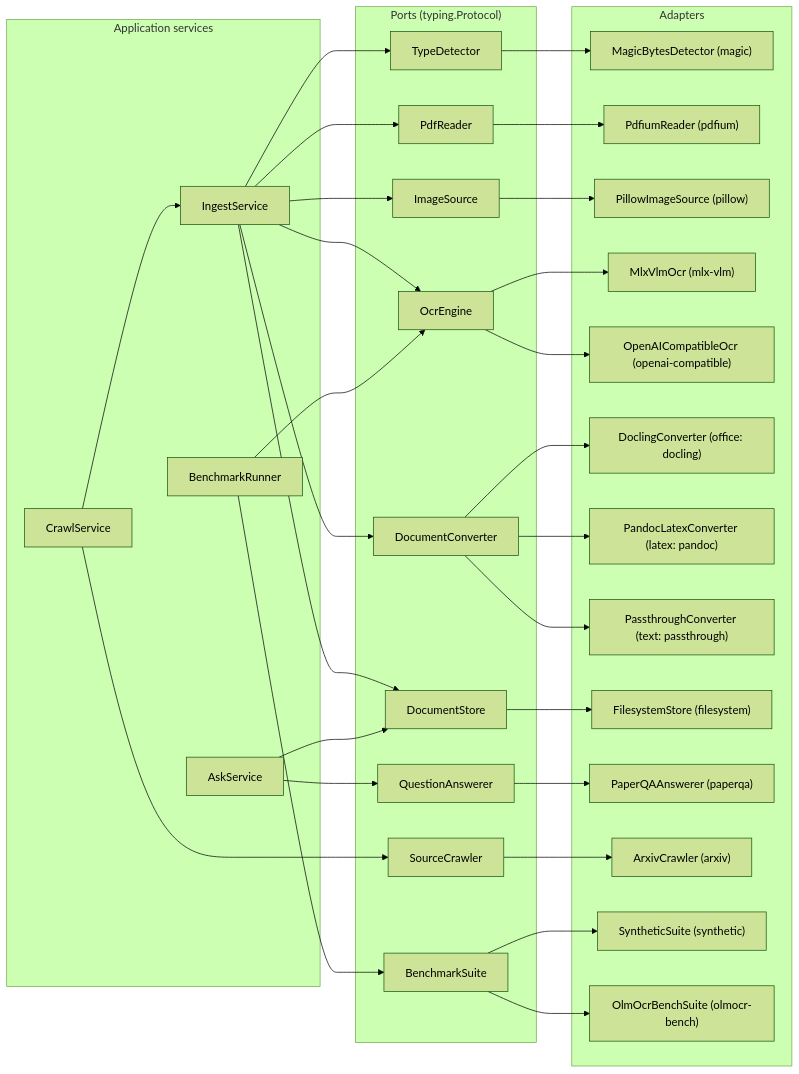
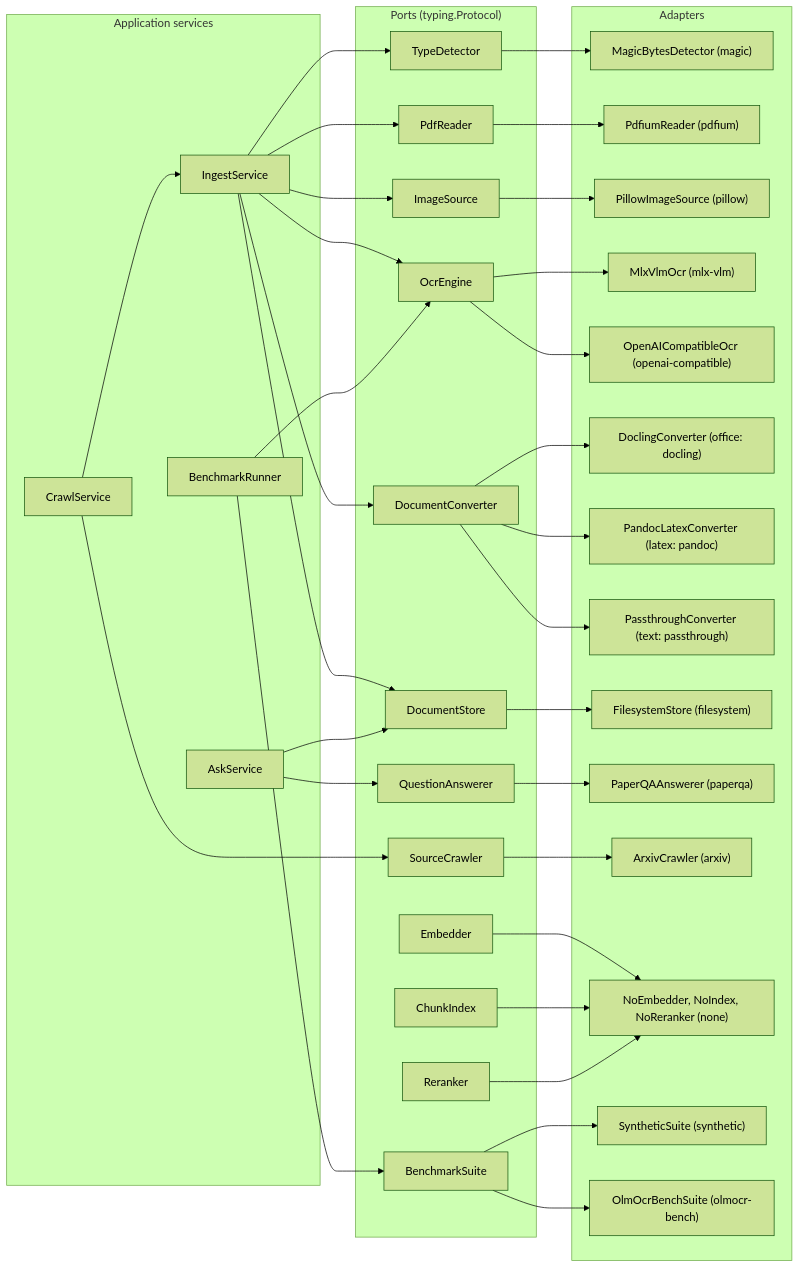
Before and after one commit to etxsA/doc-ingest: the second of 11 diagrams in packages/docingest/src/docingest/adapters/README.md, drawn with Mermaid (forest theme). The commit also changed other lines of this file and 21 other files, not shown here.

First line of the commit message:
feat(ports): Embedder, ChunkIndex and Reranker with built-in none adapters

````diff
--- a/packages/docingest/src/docingest/adapters/README.md
+++ b/packages/docingest/src/docingest/adapters/README.md
@@ -122,60 +129,67 @@
 ```mermaid
 flowchart LR
     subgraph services["Application services"]
         ingestSvc["IngestService"]
         askSvc["AskService"]
         crawlSvc["CrawlService"]
         benchSvc["BenchmarkRunner"]
     end
     subgraph ports["Ports (typing.Protocol)"]
         pDet["TypeDetector"]
         pPdf["PdfReader"]
         pImg["ImageSource"]
         pOcr["OcrEngine"]
         pConv["DocumentConverter"]
         pStore["DocumentStore"]
         pQa["QuestionAnswerer"]
         pSrc["SourceCrawler"]
+        pEmb["Embedder"]
+        pIdx["ChunkIndex"]
+        pRrk["Reranker"]
         pSuite["BenchmarkSuite"]
     end
     subgraph adapters["Adapters"]
         aMagic["MagicBytesDetector (magic)"]
         aPdfium["PdfiumReader (pdfium)"]
         aPillow["PillowImageSource (pillow)"]
         aMlx["MlxVlmOcr (mlx-vlm)"]
         aHttpOcr["OpenAICompatibleOcr (openai-compatible)"]
         aDocling["DoclingConverter (office: docling)"]
         aPandoc["PandocLatexConverter (latex: pandoc)"]
         aPass["PassthroughConverter (text: passthrough)"]
         aFs["FilesystemStore (filesystem)"]
         aPqa["PaperQAAnswerer (paperqa)"]
         aArxiv["ArxivCrawler (arxiv)"]
+        aNone["NoEmbedder, NoIndex, NoReranker (none)"]
         aSyn["SyntheticSuite (synthetic)"]
         aOlm["OlmOcrBenchSuite (olmocr-bench)"]
     end
     ingestSvc --> pDet
     ingestSvc --> pPdf
     ingestSvc --> pImg
     ingestSvc --> pOcr
     ingestSvc --> pConv
     ingestSvc --> pStore
     askSvc --> pStore
     askSvc --> pQa
     crawlSvc --> pSrc
     crawlSvc --> ingestSvc
     benchSvc --> pSuite
     benchSvc --> pOcr
     pDet --> aMagic
     pPdf --> aPdfium
     pImg --> aPillow
     pOcr --> aMlx
     pOcr --> aHttpOcr
     pConv --> aDocling
     pConv --> aPandoc
     pConv --> aPass
     pStore --> aFs
     pQa --> aPqa
     pSrc --> aArxiv
+    pEmb --> aNone
+    pIdx --> aNone
+    pRrk --> aNone
     pSuite --> aSyn
     pSuite --> aOlm
 ```
````
